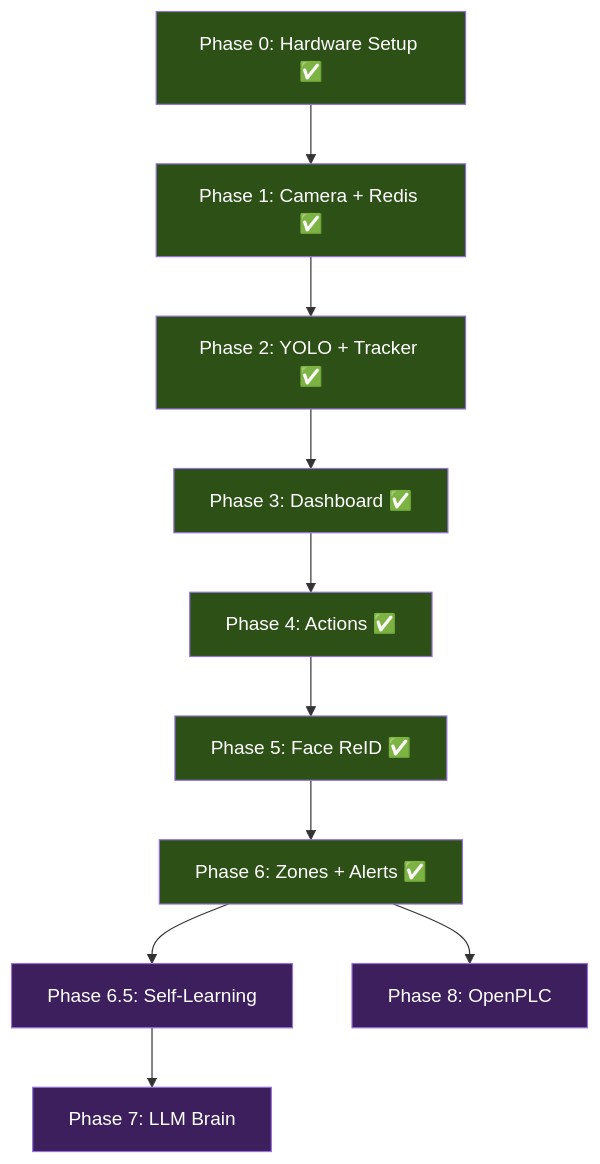
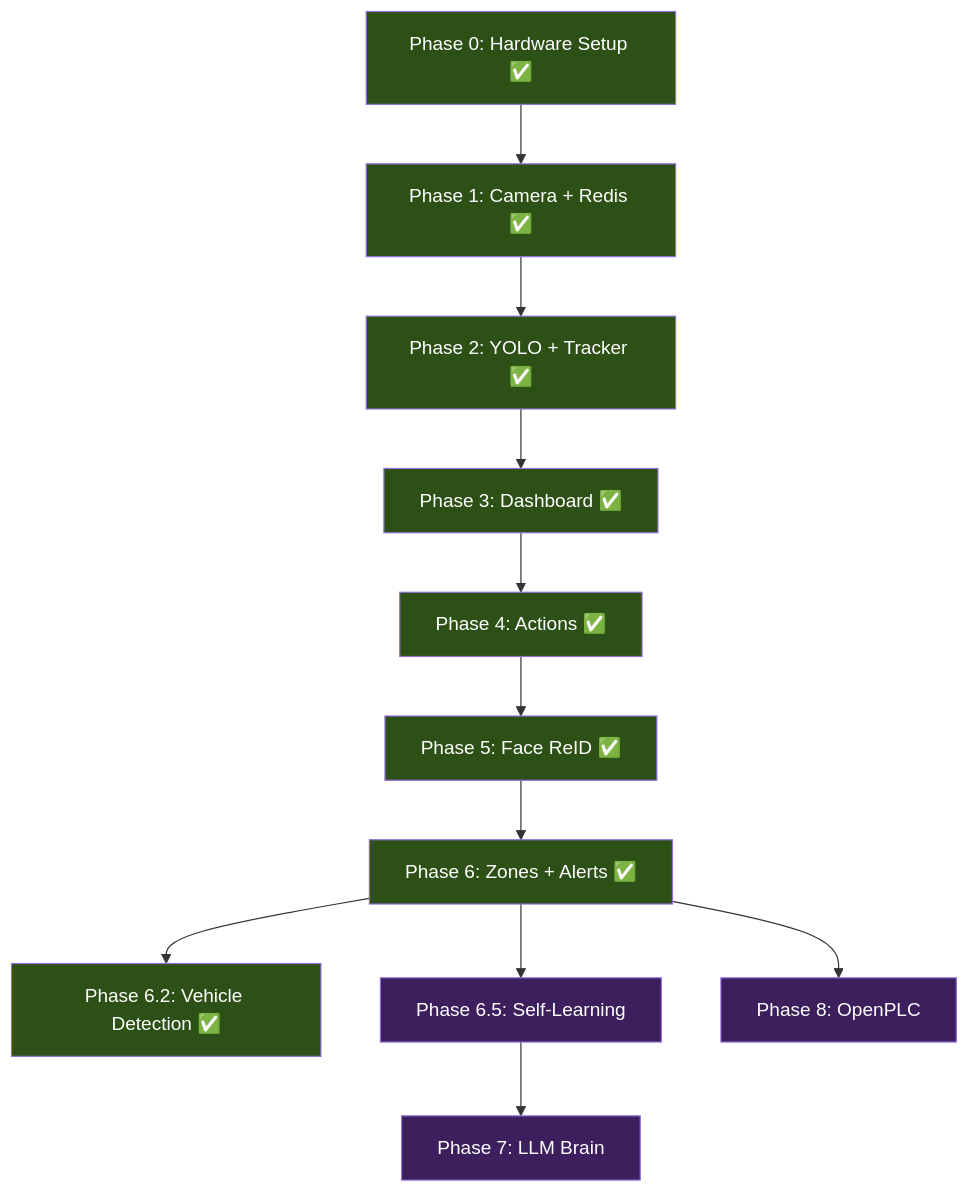
The diagram in v2.md (gammahazard/vision-labs-v1), drawn with Mermaid before and after one commit. The commit also changed other lines of this file and 24 other files, not shown here.

````diff
--- a/v2.md
+++ b/v2.md
@@ -1058,23 +1113,25 @@
 ```mermaid
 graph TD
     P0["Phase 0: Hardware Setup ✅"] --> P1["Phase 1: Camera + Redis ✅"]
     P1 --> P2["Phase 2: YOLO + Tracker ✅"]
     P2 --> P3["Phase 3: Dashboard ✅"]
     P3 --> P4["Phase 4: Actions ✅"]
     P4 --> P5["Phase 5: Face ReID ✅"]
     P5 --> P6["Phase 6: Zones + Alerts ✅"]
+    P6 --> P6_2["Phase 6.2: Vehicle Detection ✅"]
     P6 --> P6_5["Phase 6.5: Self-Learning"]
     P6_5 --> P7["Phase 7: LLM Brain"]
     P6 --> P8["Phase 8: OpenPLC"]
 
     style P0 fill:#2d5016,color:#fff
     style P1 fill:#2d5016,color:#fff
     style P2 fill:#2d5016,color:#fff
     style P3 fill:#2d5016,color:#fff
     style P4 fill:#2d5016,color:#fff
     style P5 fill:#2d5016,color:#fff
     style P6 fill:#2d5016,color:#fff
+    style P6_2 fill:#2d5016,color:#fff
     style P6_5 fill:#3c1f5c,color:#fff
     style P7 fill:#3c1f5c,color:#fff
     style P8 fill:#3c1f5c,color:#fff
 ```
````
